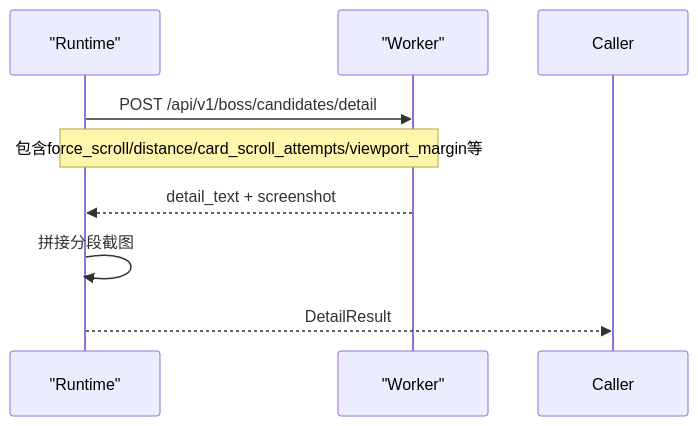
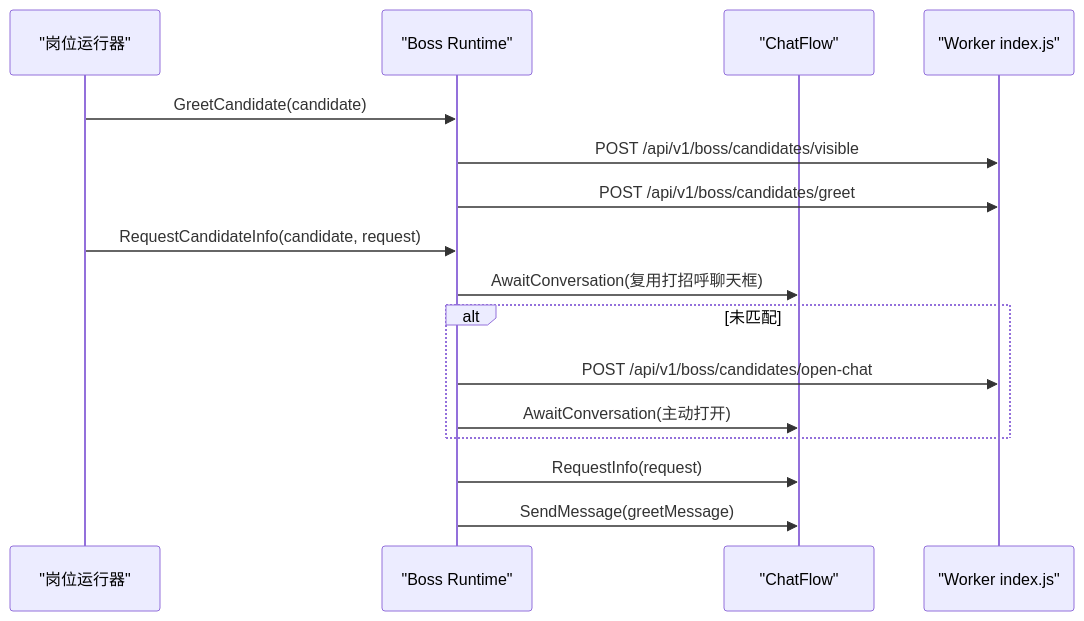
One commit to alvinwangzi/goodhr changed the sixth of 9 diagrams in .qoder/repowiki/zh/content/本地执行器/平台适配器/Boss直聘适配器/Boss运行时环境.md. Above: the diagram before and after it, drawn with Mermaid. The commit also changed other lines of this file and 149 other files, not shown here.

````diff
--- a/.qoder/repowiki/zh/content/本地执行器/平台适配器/Boss直聘适配器/Boss运行时环境.md
+++ b/.qoder/repowiki/zh/content/本地执行器/平台适配器/Boss直聘适配器/Boss运行时环境.md
@@ -207,10 +233,18 @@
 ```mermaid
 sequenceDiagram
-participant R as "Runtime"
-participant W as "Worker"
-R->>W : POST /api/v1/boss/candidates/detail
-Note over R,W : 包含force_scroll/distance/card_scroll_attempts/viewport_margin等
-W-->>R : detail_text + screenshot
-R->>R : 拼接分段截图
-R-->>Caller : DetailResult
+participant Runner as "岗位运行器"
+participant Boss as "Boss Runtime"
+participant ChatFlow as "ChatFlow"
+participant Worker as "Worker index.js"
+Runner->>Boss : GreetCandidate(candidate)
+Boss->>Worker : POST /api/v1/boss/candidates/visible
+Boss->>Worker : POST /api/v1/boss/candidates/greet
+Runner->>Boss : RequestCandidateInfo(candidate, request)
+Boss->>ChatFlow : AwaitConversation(复用打招呼聊天框)
+alt 未匹配
+Boss->>Worker : POST /api/v1/boss/candidates/open-chat
+Boss->>ChatFlow : AwaitConversation(主动打开)
+end
+Boss->>ChatFlow : RequestInfo(request)
+Boss->>ChatFlow : SendMessage(greetMessage)
 ```
````
